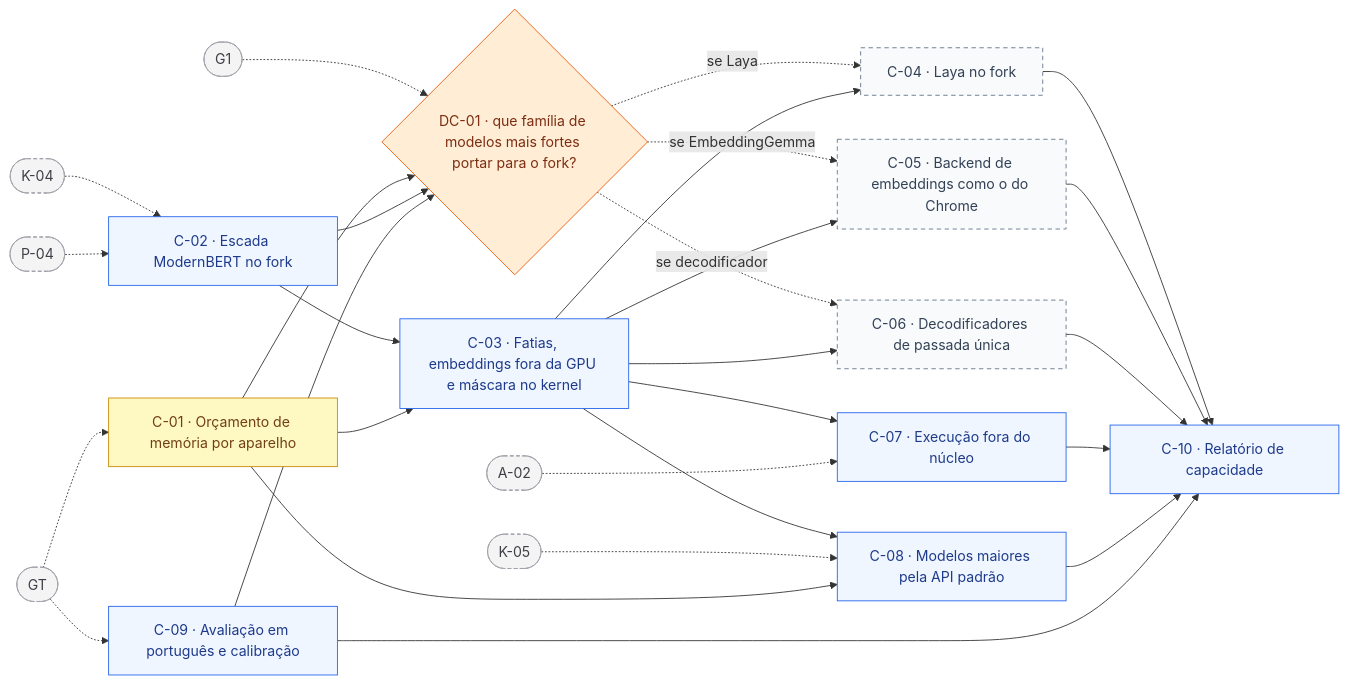
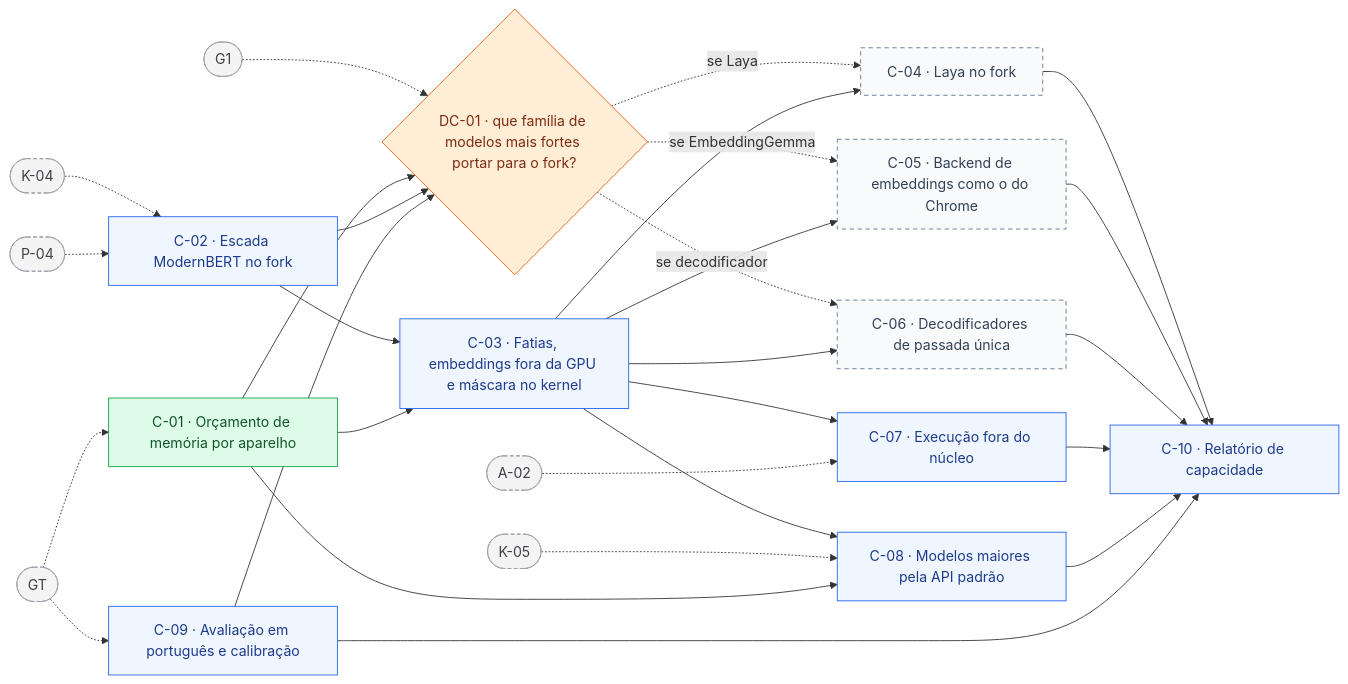
The fifth of 10 diagrams in ROADMAP.md (frederico-kluser/som-webcore), drawn with Mermaid before and after one commit. The commit also changed other lines of this file, not shown here.

Commit message:
docs(roadmap): C-01 feita sem a confirmação do JetsamEvent (#35)

````diff
--- a/ROADMAP.md
+++ b/ROADMAP.md
@@ -1279,55 +1281,55 @@
 ```mermaid
 flowchart LR
     GT(["GT"]):::ext
     K04(["K-04"]):::ext
     P04(["P-04"]):::ext
     K05(["K-05"]):::ext
     G1(["G1"]):::ext
     A02(["A-02"]):::ext
-    C01["C-01 · Orçamento de memória por aparelho"]:::doing
+    C01["C-01 · Orçamento de memória por aparelho"]:::done
     C09["C-09 · Avaliação em português e calibração"]:::todo
     C02["C-02 · Escada ModernBERT no fork"]:::todo
     C03["C-03 · Fatias, embeddings fora da GPU e máscara no kernel"]:::todo
     C08["C-08 · Modelos maiores pela API padrão"]:::todo
     DC01{"DC-01 · que família de modelos mais fortes portar para o fork?"}:::fork
     C04["C-04 · Laya no fork"]:::opt
     C05["C-05 · Backend de embeddings como o do Chrome"]:::opt
     C06["C-06 · Decodificadores de passada única"]:::opt
     C07["C-07 · Execução fora do núcleo"]:::todo
     C10["C-10 · Relatório de capacidade"]:::todo
     GT -.-> C01
     GT -.-> C09
     K04 -.-> C02
     P04 -.-> C02
     C02 --> C03
     C01 --> C03
     C03 --> C08
     K05 -.-> C08
     C01 --> C08
     G1 -.-> DC01
     C01 --> DC01
     C02 --> DC01
     C09 --> DC01
     DC01 -.->|"se Laya"| C04
     C03 --> C04
     DC01 -.->|"se EmbeddingGemma"| C05
     C03 --> C05
     DC01 -.->|"se decodificador"| C06
     C03 --> C06
     C03 --> C07
     A02 -.-> C07
     C04 --> C10
     C05 --> C10
     C06 --> C10
     C07 --> C10
     C08 --> C10
     C09 --> C10
     classDef done fill:#dcfce7,stroke:#16a34a,color:#14532d;
     classDef doing fill:#fef9c3,stroke:#ca8a04,color:#713f12;
     classDef todo fill:#eff6ff,stroke:#2563eb,color:#1e3a8a;
     classDef gate fill:#fae8ff,stroke:#a21caf,color:#701a75;
     classDef fork fill:#ffedd5,stroke:#ea580c,color:#7c2d12;
     classDef opt fill:#f8fafc,stroke:#64748b,color:#334155,stroke-dasharray: 5 4;
     classDef off fill:#f4f4f5,stroke:#d4d4d8,color:#a1a1aa;
     classDef ext fill:#f4f4f5,stroke:#a1a1aa,color:#3f3f46,stroke-dasharray: 4 3;
 ```
````
